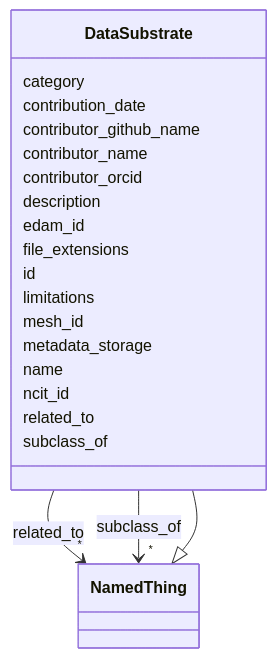
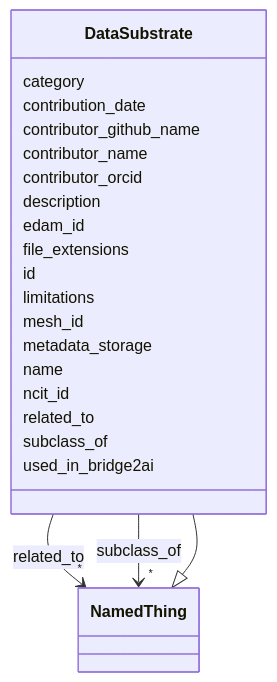
Before and after one commit to bridge2ai/standards-schemas: the diagram in docs/DataSubstrate.md, drawn with Mermaid. The commit also changed other lines of this file and 44 other files, not shown here.

````diff
--- a/docs/DataSubstrate.md
+++ b/docs/DataSubstrate.md
@@ -19,55 +19,57 @@
 ```mermaid
  classDiagram
     class DataSubstrate
     click DataSubstrate href "../DataSubstrate"
       NamedThing <|-- DataSubstrate
         click NamedThing href "../NamedThing"
       
       DataSubstrate : category
         
       DataSubstrate : contribution_date
         
       DataSubstrate : contributor_github_name
         
       DataSubstrate : contributor_name
         
       DataSubstrate : contributor_orcid
         
       DataSubstrate : description
         
       DataSubstrate : edam_id
         
       DataSubstrate : file_extensions
         
       DataSubstrate : id
         
       DataSubstrate : limitations
         
       DataSubstrate : mesh_id
         
       DataSubstrate : metadata_storage
         
       DataSubstrate : name
         
       DataSubstrate : ncit_id
         
       DataSubstrate : related_to
         
           
     
     
     DataSubstrate --> "*" NamedThing : related_to
     click NamedThing href "../NamedThing"
 
         
       DataSubstrate : subclass_of
         
           
     
     
     DataSubstrate --> "*" NamedThing : subclass_of
     click NamedThing href "../NamedThing"
 
         
+      DataSubstrate : used_in_bridge2ai
+        
       
 ```
````
